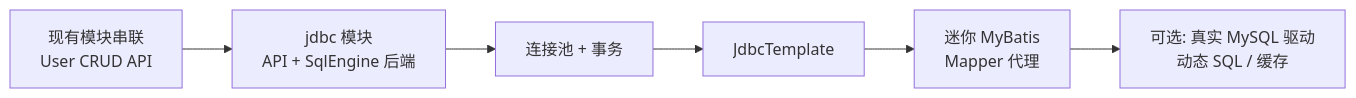
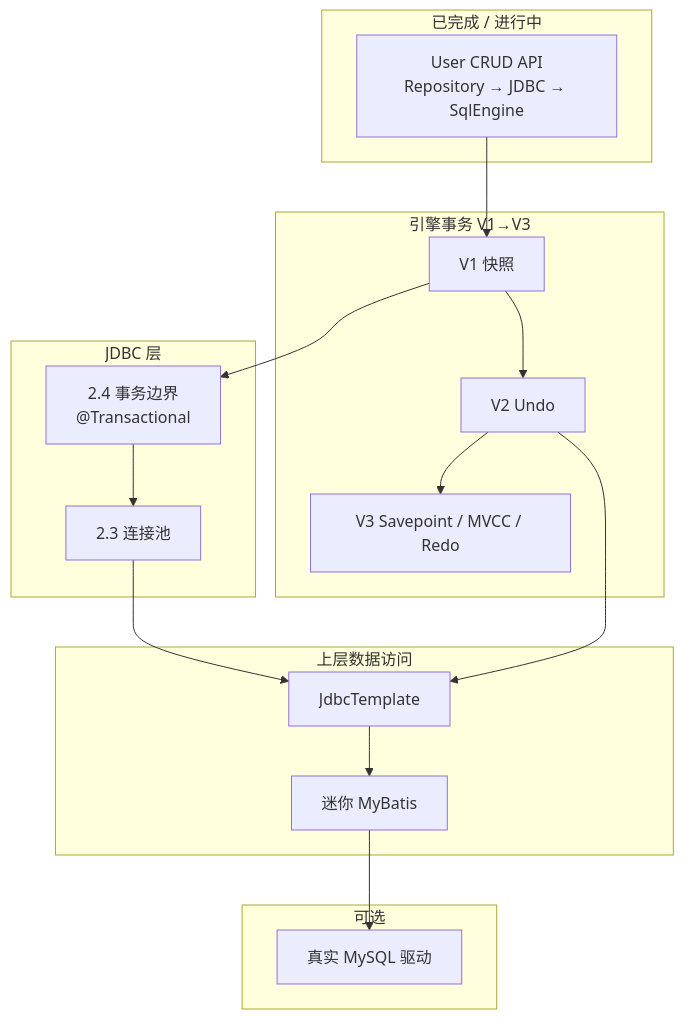
One commit to neophytesu/stack4java changed the diagram in doc/learning-roadmap.md. Above: the diagram before and after it, drawn with Mermaid. The commit also changed other lines of this file and 2 other files, not shown here.

````diff
--- a/doc/learning-roadmap.md
+++ b/doc/learning-roadmap.md
@@ -22,8 +25,31 @@
 ```mermaid
-flowchart LR
-    A[现有模块串联<br/>User CRUD API] --> B[jdbc 模块<br/>API + SqlEngine 后端]
-    B --> C[连接池 + 事务]
-    C --> D[JdbcTemplate]
-    D --> E[迷你 MyBatis<br/>Mapper 代理]
-    E --> F[可选: 真实 MySQL 驱动<br/>动态 SQL / 缓存]
+flowchart TB
+    subgraph done["已完成 / 进行中"]
+        A[User CRUD API<br/>Repository → JDBC → SqlEngine]
+    end
+    subgraph jdbc_tx["JDBC 层"]
+        B[2.3 连接池]
+        C[2.4 事务边界<br/>@Transactional]
+    end
+    subgraph engine_tx["引擎事务 V1→V3"]
+        T1[V1 快照]
+        T2[V2 Undo]
+        T3[V3 Savepoint / MVCC / Redo]
+    end
+    subgraph upper["上层数据访问"]
+        D[JdbcTemplate]
+        E[迷你 MyBatis]
+    end
+    subgraph opt["可选"]
+        F[真实 MySQL 驱动]
+    end
+    A --> T1
+    T1 --> C
+    C --> B
+    T1 --> T2
+    T2 --> T3
+    B --> D
+    T2 --> D
+    D --> E
+    E --> F
 ```
````
